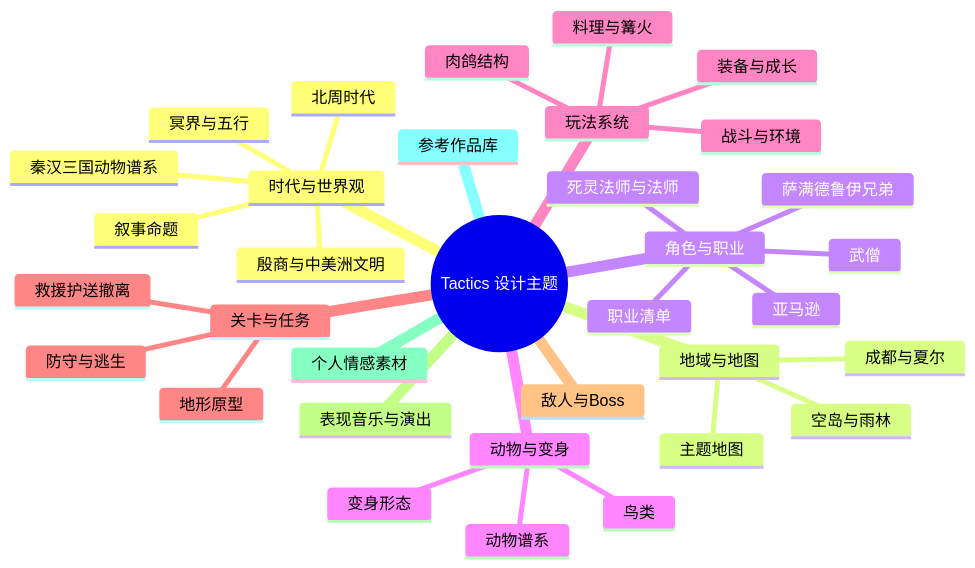
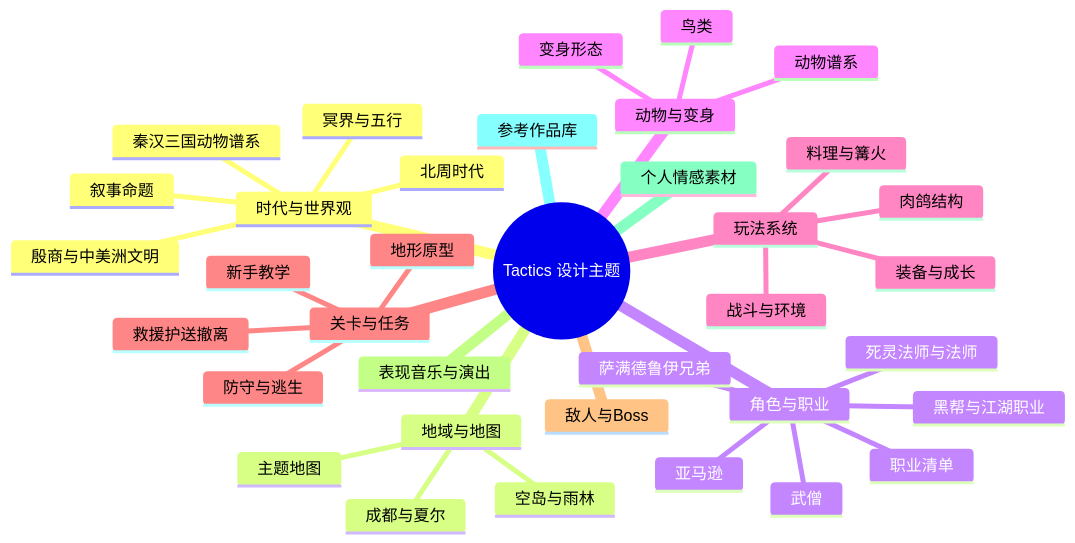
One commit to cty41/wooftactics changed the diagram in .agents/docs/brainstorm.md. Above: the diagram before and after it, drawn with Mermaid. The commit also changed other lines of this file and 8 other files, not shown here.

````diff
--- a/.agents/docs/brainstorm.md
+++ b/.agents/docs/brainstorm.md
@@ -31,37 +31,39 @@
 ```mermaid
 mindmap
   root((Tactics 设计主题))
     时代与世界观
       北周时代
       秦汉三国动物谱系
       殷商与中美洲文明
       冥界与五行
       叙事命题
     地域与地图
       主题地图
       成都与夏尔
       空岛与雨林
     角色与职业
       职业清单
       萨满德鲁伊兄弟
       死灵法师与法师
       亚马逊
+      黑帮与江湖职业
       武僧
     动物与变身
       动物谱系
       鸟类
       变身形态
     玩法系统
       战斗与环境
       装备与成长
       肉鸽结构
       料理与篝火
     关卡与任务
       地形原型
+      新手教学
       救援护送撤离
       防守与逃生
     敌人与Boss
     表现音乐与演出
     个人情感素材
     参考作品库
 ```
````
